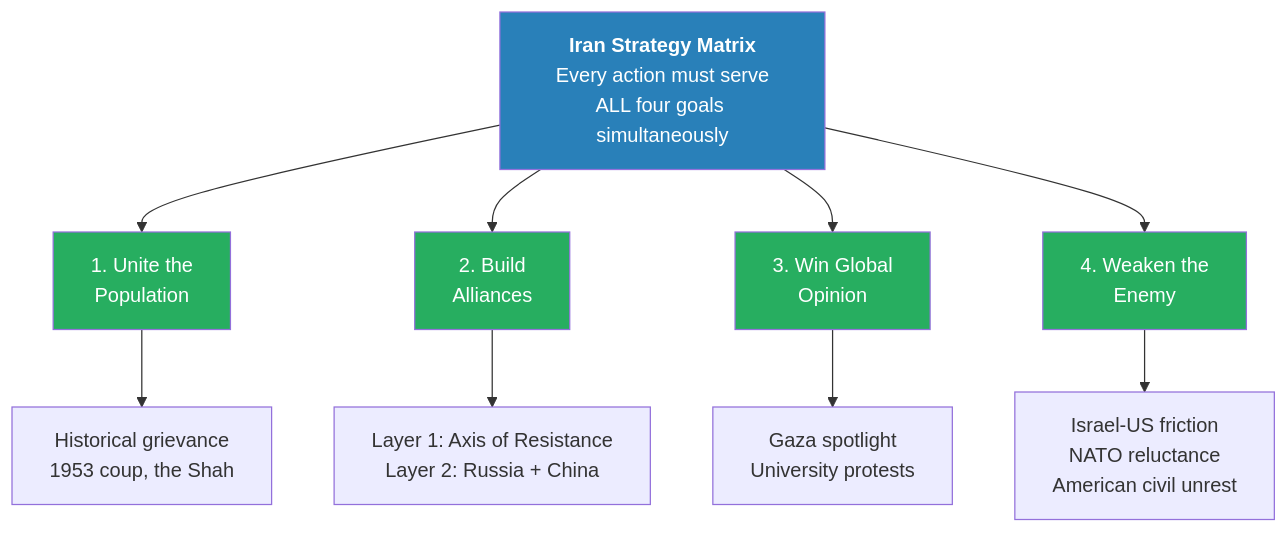
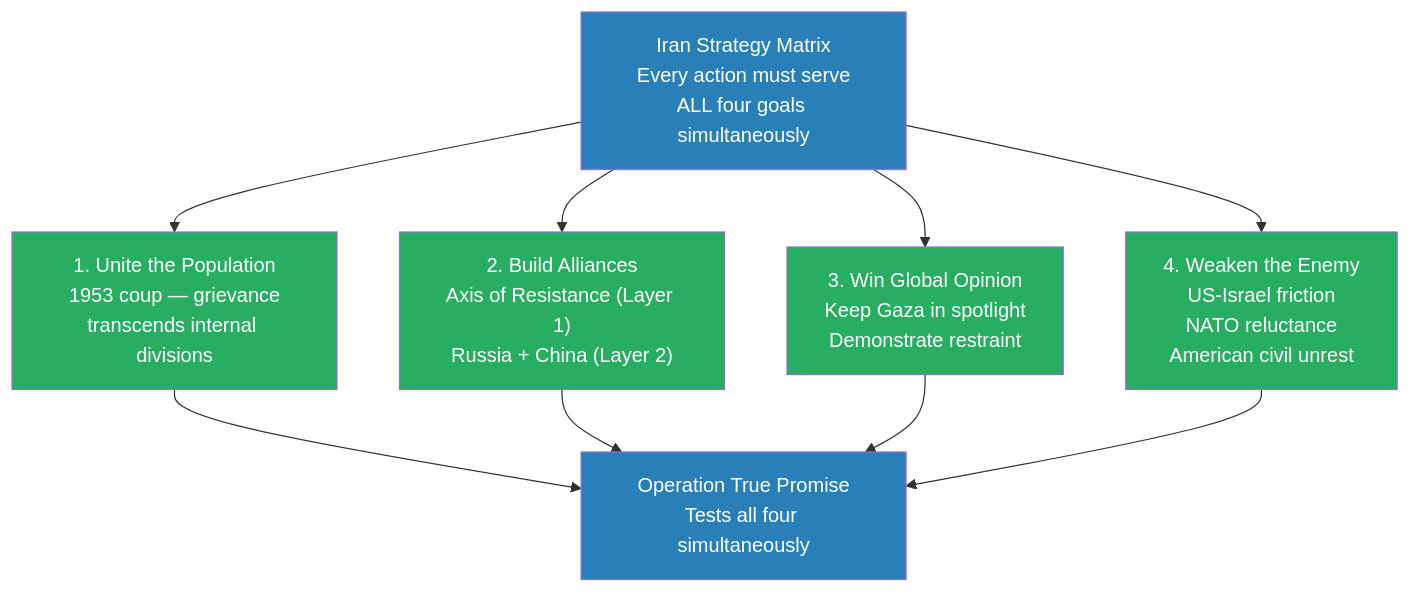
Before and after one commit to alius33/reader: the fourth of 7 diagrams in summaries/Lectures/Geo-Strategy/01 - Iran's Strategy Matrix.md, drawn with Mermaid. The commit also changed other lines of this file and 26 other files, not shown here.

````diff
--- a/summaries/Lectures/Geo-Strategy/01 - Iran's Strategy Matrix.md
+++ b/summaries/Lectures/Geo-Strategy/01 - Iran's Strategy Matrix.md
@@ -385,17 +201,18 @@
 ```mermaid
 flowchart TB
-    M["<b>Iran Strategy Matrix</b><br/>Every action must serve<br/>ALL four goals simultaneously"]
-    M --> G1["1. Unite the<br/>Population"]
-    M --> G2["2. Build<br/>Alliances"]
-    M --> G3["3. Win Global<br/>Opinion"]
-    M --> G4["4. Weaken the<br/>Enemy"]
-    G1 --> T1["Historical grievance<br/>1953 coup, the Shah"]
-    G2 --> T2["Layer 1: Axis of Resistance<br/>Layer 2: Russia + China"]
-    G3 --> T3["Gaza spotlight<br/>University protests"]
-    G4 --> T4["Israel-US friction<br/>NATO reluctance<br/>American civil unrest"]
+    M["Iran Strategy Matrix<br/>Every action must serve<br/>ALL four goals simultaneously"]
+    M --> G1["1. Unite the Population<br/>1953 coup — grievance<br/>transcends internal divisions"]
+    M --> G2["2. Build Alliances<br/>Axis of Resistance (Layer 1)<br/>Russia + China (Layer 2)"]
+    M --> G3["3. Win Global Opinion<br/>Keep Gaza in spotlight<br/>Demonstrate restraint"]
+    M --> G4["4. Weaken the Enemy<br/>US-Israel friction<br/>NATO reluctance<br/>American civil unrest"]
+    G1 --> OTP["Operation True Promise<br/>Tests all four simultaneously"]
+    G2 --> OTP
+    G3 --> OTP
+    G4 --> OTP
     style M fill:#2980b9,color:#fff
     style G1 fill:#27ae60,color:#fff
     style G2 fill:#27ae60,color:#fff
     style G3 fill:#27ae60,color:#fff
     style G4 fill:#27ae60,color:#fff
+    style OTP fill:#2980b9,color:#fff
 ```
````
